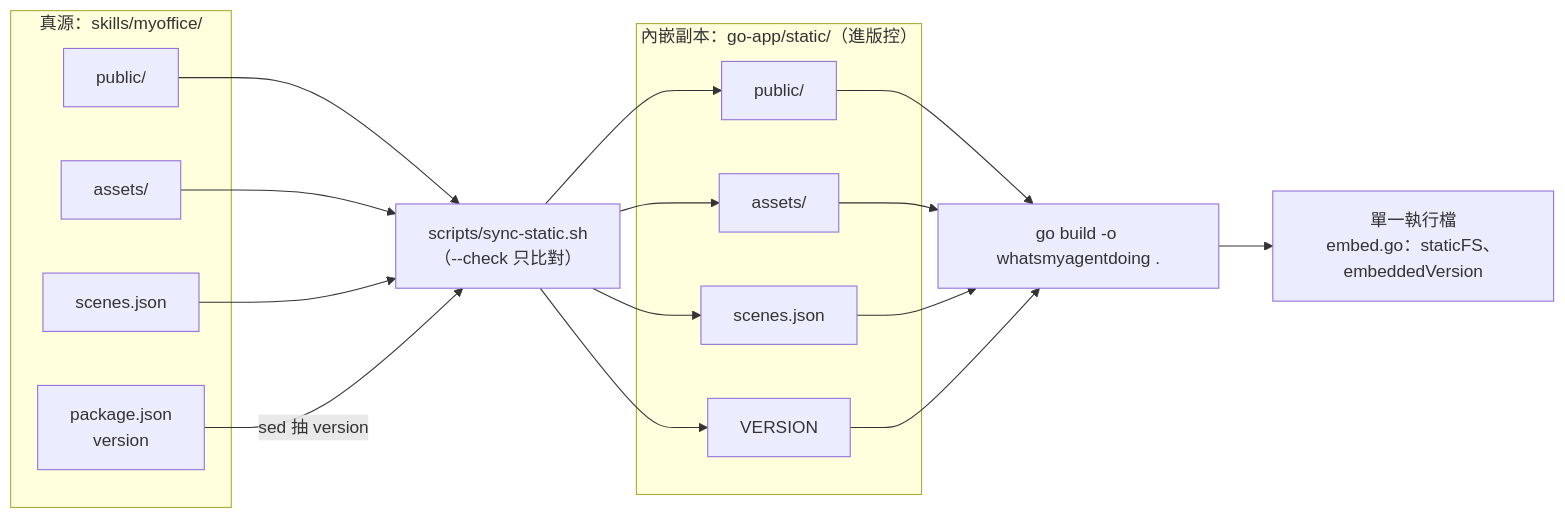
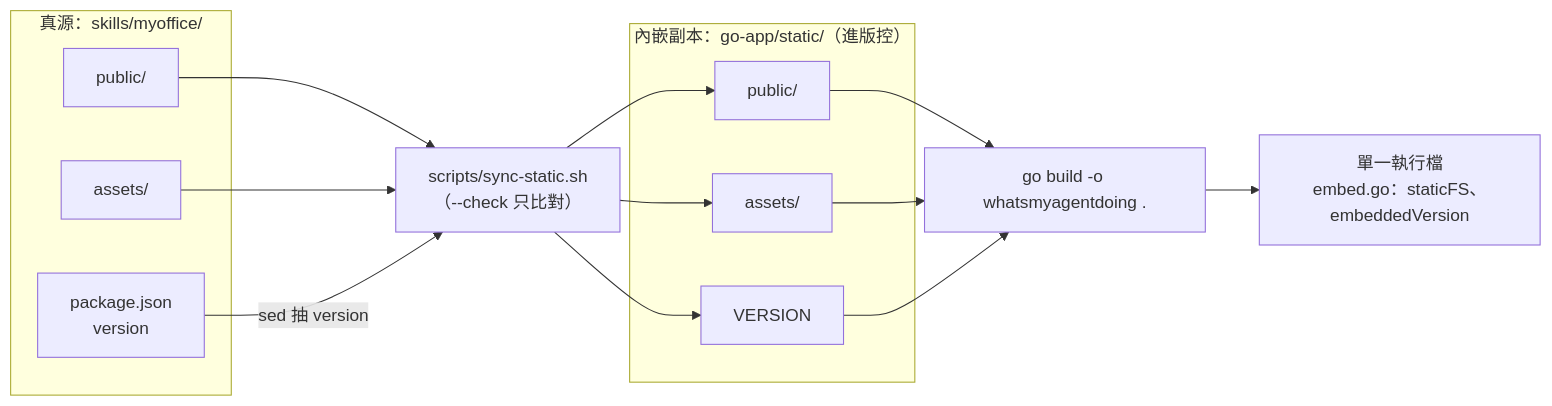
Before and after one commit to lazyjerry/whatsmyagentdoing: the fourth of 4 diagrams in go-app/jerry-report/structure.md, drawn with Mermaid. The commit also changed other lines of this file and 12 other files, not shown here.

````diff
--- a/go-app/jerry-report/structure.md
+++ b/go-app/jerry-report/structure.md
@@ -354,32 +365,27 @@
 ```mermaid
 flowchart LR
   subgraph src["真源：skills/myoffice/"]
     PUB["public/"]
     AST["assets/"]
-    SJ["scenes.json"]
     PKG["package.json<br/>version"]
   end
   SYNC["scripts/sync-static.sh<br/>（--check 只比對）"]
   subgraph st["內嵌副本：go-app/static/（進版控）"]
     SPUB["public/"]
     SAST["assets/"]
-    SSJ["scenes.json"]
     VER["VERSION"]
   end
   BUILD["go build -o whatsmyagentdoing ."]
   BIN["單一執行檔<br/>embed.go：staticFS、embeddedVersion"]
 
   PUB --> SYNC
   AST --> SYNC
-  SJ --> SYNC
   PKG -->|"sed 抽 version"| SYNC
   SYNC --> SPUB
   SYNC --> SAST
-  SYNC --> SSJ
   SYNC --> VER
   SPUB --> BUILD
   SAST --> BUILD
-  SSJ --> BUILD
   VER --> BUILD
   BUILD --> BIN
 ```
````
